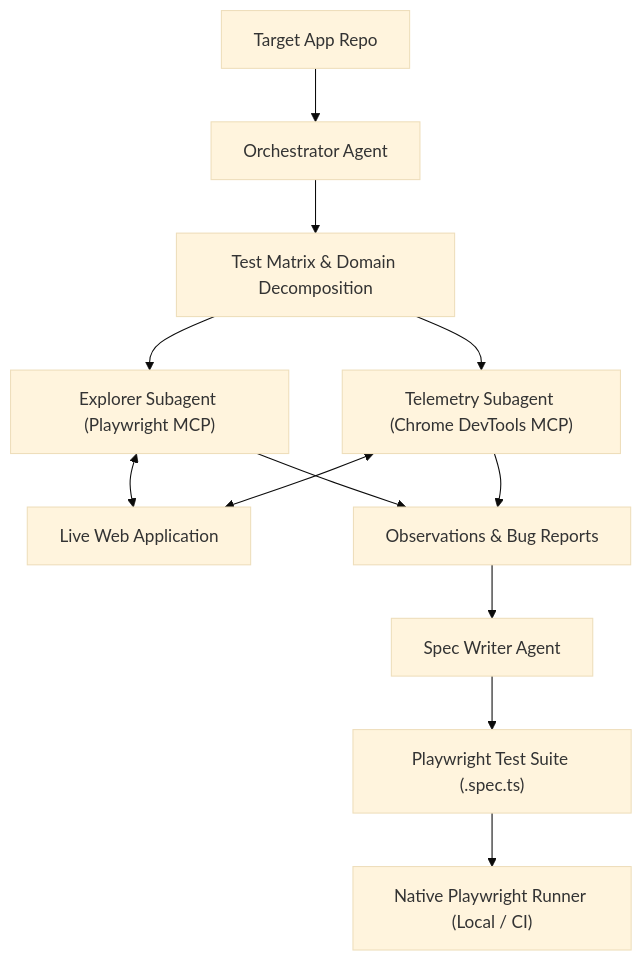
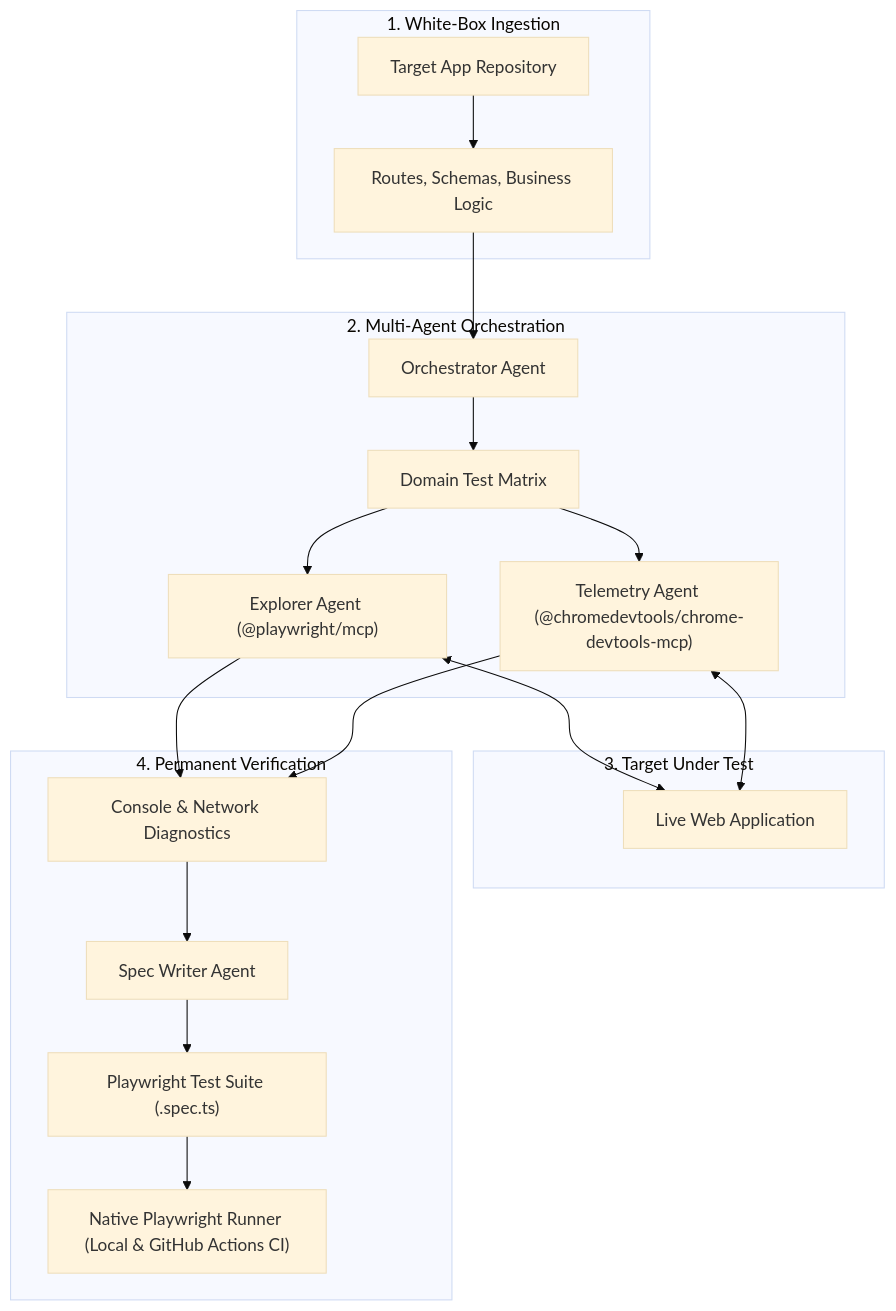
One commit to TodoTobi/tobitests changed the diagram in README.md. Above: the diagram before and after it, drawn with Mermaid (base theme). The commit also changed other lines of this file and 5 other files, not shown here.

````diff
--- a/README.md
+++ b/README.md
@@ -20,18 +29,27 @@
 ```mermaid
 flowchart TD
-    Repo["Target App Repo"] --> Orq["Orchestrator Agent"]
-    Orq --> Matrix["Test Matrix & Domain Decomposition"]
-    
-    Matrix --> SubA["Explorer Subagent (Playwright MCP)"]
-    Matrix --> SubB["Telemetry Subagent (Chrome DevTools MCP)"]
-    
-    SubA <--> App["Live Web Application"]
-    SubB <--> App
-    
-    SubA --> Findings["Observations & Bug Reports"]
-    SubB --> Findings
-    
-    Findings --> Writer["Spec Writer Agent"]
-    Writer --> Specs["Playwright Test Suite (.spec.ts)"]
-    Specs --> Runner["Native Playwright Runner (Local / CI)"]
+    subgraph Input["1. White-Box Ingestion"]
+        Repo["Target App Repository"] --> Codebase["Routes, Schemas, Business Logic"]
+    end
+
+    subgraph Intelligence["2. Multi-Agent Orchestration"]
+        Codebase --> Orq["Orchestrator Agent"]
+        Orq --> Matrix["Domain Test Matrix"]
+        
+        Matrix --> Actuator["Explorer Agent (@playwright/mcp)"]
+        Matrix --> Observer["Telemetry Agent (@chromedevtools/chrome-devtools-mcp)"]
+    end
+
+    subgraph Target["3. Target Under Test"]
+        Actuator <--> WebApp["Live Web Application"]
+        Observer <--> WebApp
+    end
+
+    subgraph Output["4. Permanent Verification"]
+        Actuator --> Results["Action Logs & Edge Cases"]
+        Observer --> Results["Console & Network Diagnostics"]
+        Results --> Writer["Spec Writer Agent"]
+        Writer --> Suite["Playwright Test Suite (.spec.ts)"]
+        Suite --> CI["Native Playwright Runner (Local & GitHub Actions CI)"]
+    end
 ```
````
